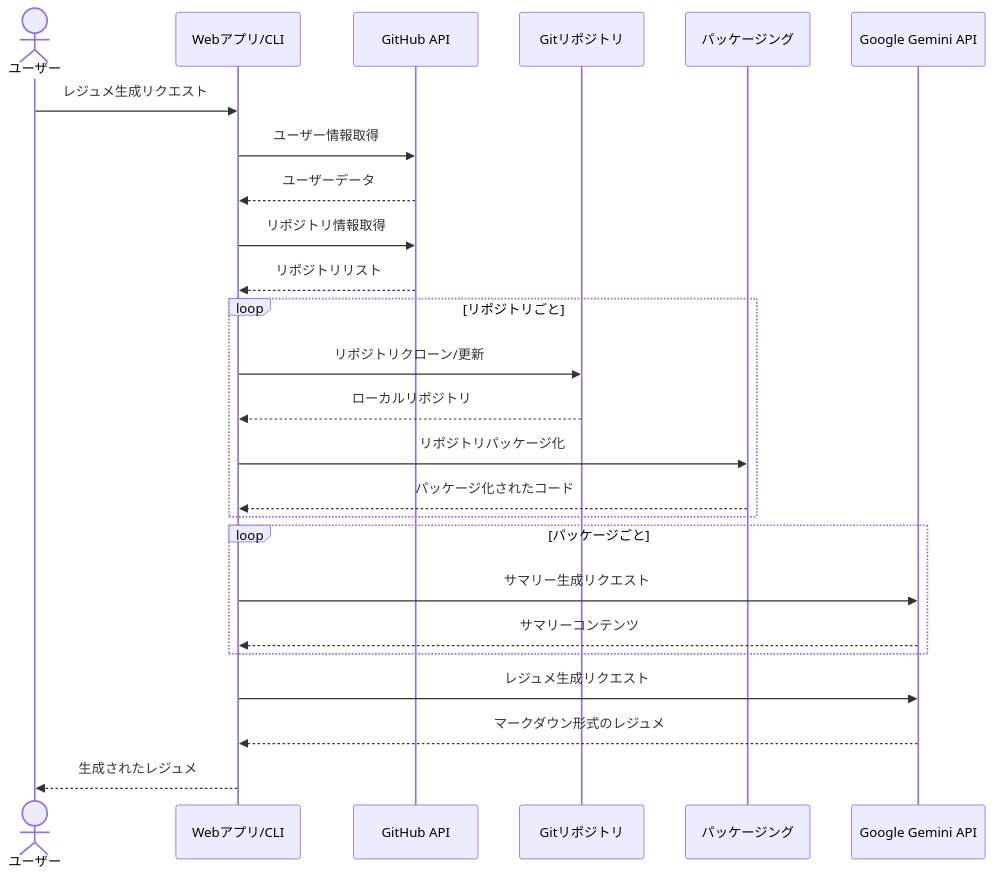
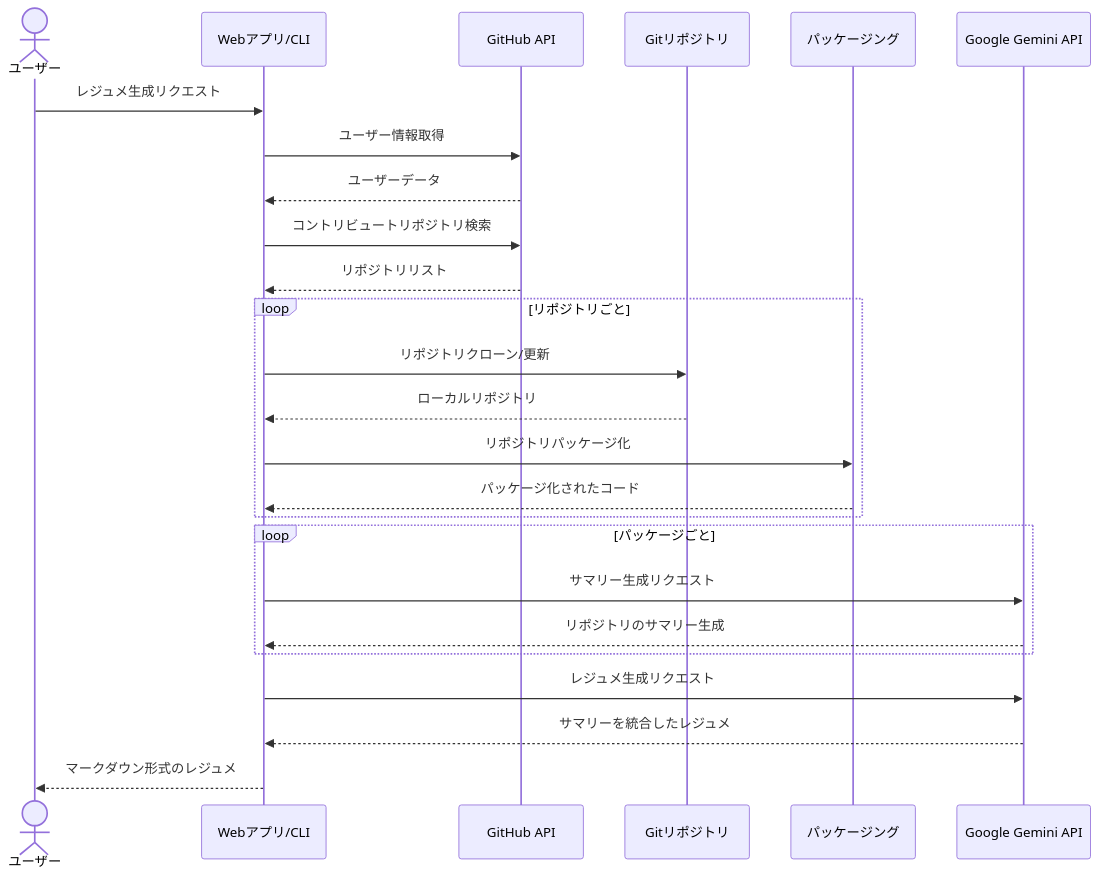
One commit to ToyB0x/git-resume changed the second of 3 diagrams in docs/architecture/overview.md. Above: the diagram before and after it, drawn with Mermaid. The commit also changed other lines of this file and 2 other files, not shown here.

````diff
--- a/docs/architecture/overview.md
+++ b/docs/architecture/overview.md
@@ -54,31 +54,31 @@
 ```mermaid
 sequenceDiagram
     actor User as ユーザー
     participant App as Webアプリ/CLI
     participant GitHub as GitHub API
     participant Git as Gitリポジトリ
     participant Pack as パッケージング
     participant Gemini as Google Gemini API
     
     User->>App: レジュメ生成リクエスト
     App->>GitHub: ユーザー情報取得
     GitHub-->>App: ユーザーデータ
-    App->>GitHub: リポジトリ情報取得
+    App->>GitHub: コントリビュートリポジトリ検索
     GitHub-->>App: リポジトリリスト
     
     loop リポジトリごと
         App->>Git: リポジトリクローン/更新
         Git-->>App: ローカルリポジトリ
         App->>Pack: リポジトリパッケージ化
         Pack-->>App: パッケージ化されたコード
     end
     
     loop パッケージごと
         App->>Gemini: サマリー生成リクエスト
-        Gemini-->>App: サマリーコンテンツ
+        Gemini-->>App: リポジトリのサマリー生成
     end
     
     App->>Gemini: レジュメ生成リクエスト
-    Gemini-->>App: マークダウン形式のレジュメ
-    App-->>User: 生成されたレジュメ
+    Gemini-->>App: サマリーを統合したレジュメ
+    App-->>User: マークダウン形式のレジュメ
 ```
````
